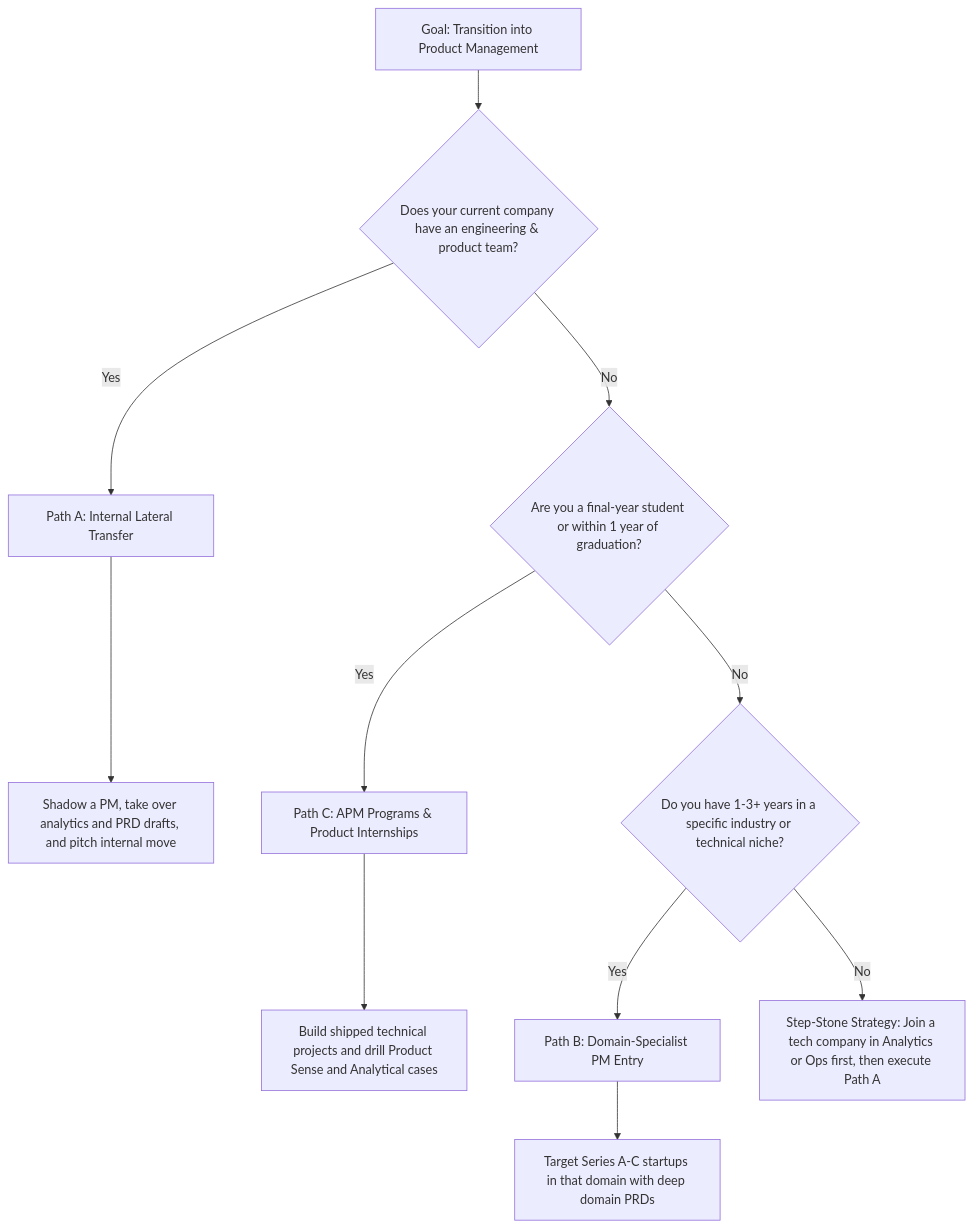
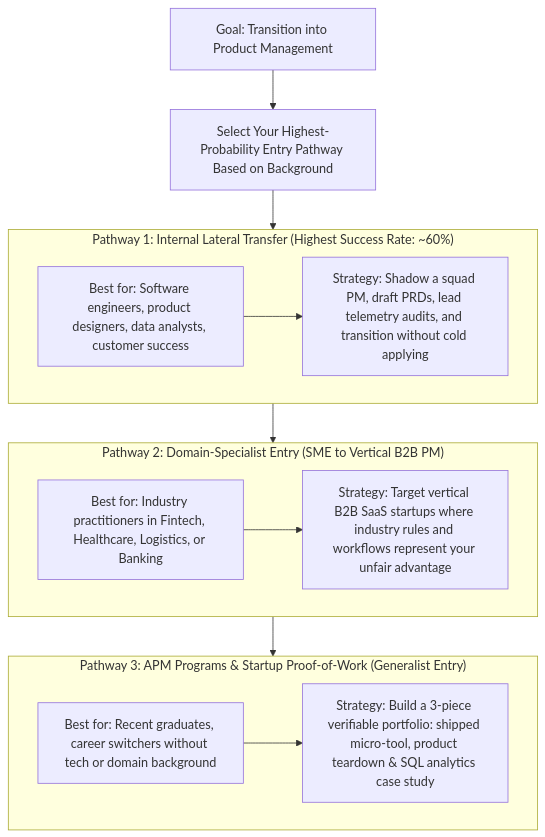
The diagram in data/blog/product/how-to-become-a-product-manager.md (07anishu12/07anishu12.github.io), drawn with Mermaid before and after one commit. The commit also changed 298 other files, not shown here.

Commit message:
feat(blog): publish complete 25-article product management compendium with responsive flowcharts and verified metadata

````diff
--- a/data/blog/product/how-to-become-a-product-manager.md
+++ b/data/blog/product/how-to-become-a-product-manager.md
@@ -112,13 +112,26 @@
 ```mermaid
 flowchart TD
-    Start[Goal: Transition into Product Management] --> Q1{Does your current company have an engineering & product team?}
-    Q1 -- Yes --> PathA[Path A: Internal Lateral Transfer]
-    PathA --> A1[Shadow a PM, take over analytics and PRD drafts, and pitch internal move]
-    Q1 -- No --> Q2{Are you a final-year student or within 1 year of graduation?}
-    Q2 -- Yes --> PathC[Path C: APM Programs & Product Internships]
-    PathC --> C1[Build shipped technical projects and drill Product Sense and Analytical cases]
-    Q2 -- No --> Q3{Do you have 1-3+ years in a specific industry or technical niche?}
-    Q3 -- Yes --> PathB[Path B: Domain-Specialist PM Entry]
-    PathB --> B1[Target Series A-C startups in that domain with deep domain PRDs]
-    Q3 -- No --> PathD[Step-Stone Strategy: Join a tech company in Analytics or Ops first, then execute Path A]
+    Start["Goal: Transition into Product Management"] --> Strategy["Select Your Highest-Probability Entry Pathway Based on Background"]
+
+    subgraph P1 ["Pathway 1: Internal Lateral Transfer (Highest Success Rate: ~60%)"]
+        A1["Best for: Software engineers, product designers, data analysts, customer success"]
+        A2["Strategy: Shadow a squad PM, draft PRDs, lead telemetry audits, and transition without cold applying"]
+        A1 --> A2
+    end
+
+    subgraph P2 ["Pathway 2: Domain-Specialist Entry (SME to Vertical B2B PM)"]
+        B1["Best for: Industry practitioners in Fintech, Healthcare, Logistics, or Banking"]
+        B2["Strategy: Target vertical B2B SaaS startups where industry rules and workflows represent your unfair advantage"]
+        B1 --> B2
+    end
+
+    subgraph P3 ["Pathway 3: APM Programs & Startup Proof-of-Work (Generalist Entry)"]
+        C1["Best for: Recent graduates, career switchers without tech or domain background"]
+        C2["Strategy: Build a 3-piece verifiable portfolio: shipped micro-tool, product teardown & SQL analytics case study"]
+        C1 --> C2
+    end
+
+    Strategy --> P1
+    P1 --> P2
+    P2 --> P3
 ```
````
